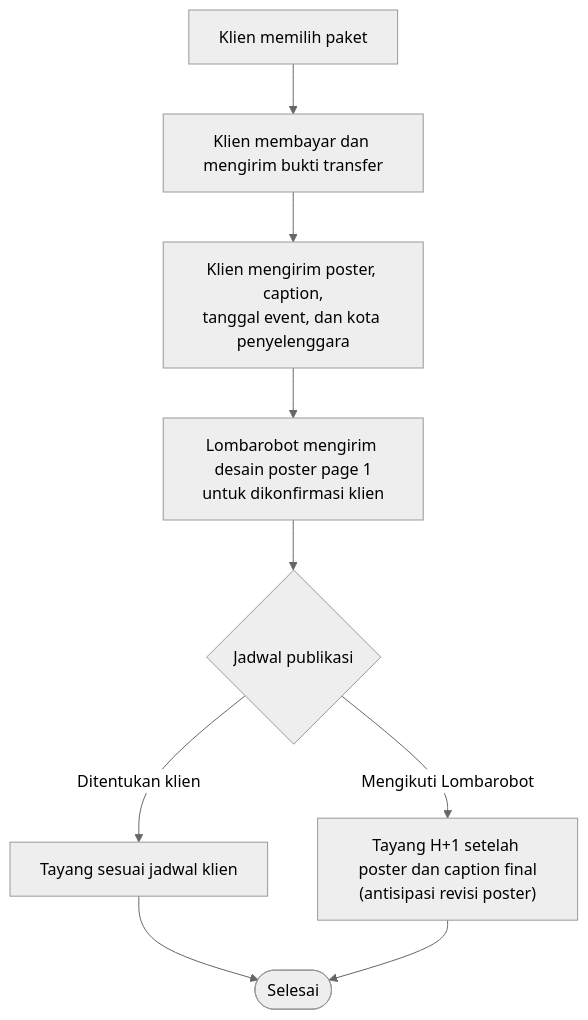
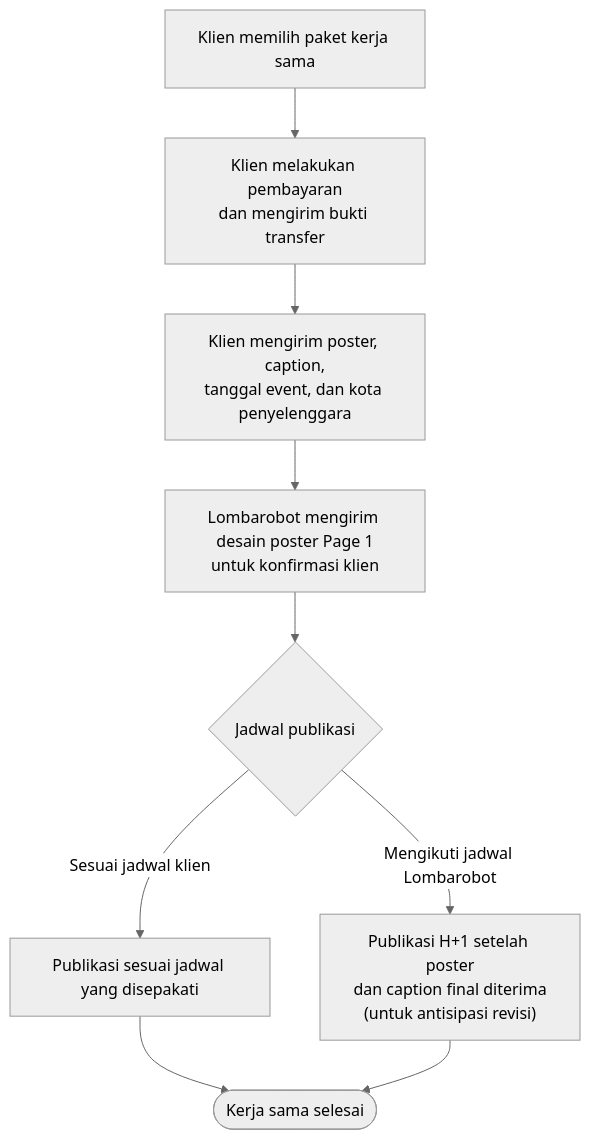
The diagram in readme.md (lombarobot/connect), drawn with Mermaid (neutral theme) before and after one commit. The commit also changed other lines of this file, not shown here.

````diff
--- a/readme.md
+++ b/readme.md
@@ -103,12 +95,12 @@
 ```mermaid
 flowchart TD
-    B["Klien memilih paket"]
-    B --> C["Klien membayar dan mengirim bukti transfer"]
+    B["Klien memilih paket kerja sama"]
+    B --> C["Klien melakukan pembayaran<br/>dan mengirim bukti transfer"]
     C --> D["Klien mengirim poster, caption,<br/>tanggal event, dan kota penyelenggara"]
-    D --> D2["Lombarobot mengirim desain poster page 1<br/>untuk dikonfirmasi klien"]
+    D --> D2["Lombarobot mengirim desain poster Page 1<br/>untuk konfirmasi klien"]
     D2 --> E{"Jadwal publikasi"}
-    E -->|"Ditentukan klien"| F["Tayang sesuai jadwal klien"]
-    E -->|"Mengikuti Lombarobot"| G["Tayang H+1 setelah poster dan caption final<br/>(antisipasi revisi poster)"]
-    F --> H(["Selesai"])
+    E -->|"Sesuai jadwal klien"| F["Publikasi sesuai jadwal yang disepakati"]
+    E -->|"Mengikuti jadwal Lombarobot"| G["Publikasi H+1 setelah poster<br/>dan caption final diterima<br/>(untuk antisipasi revisi)"]
+    F --> H(["Kerja sama selesai"])
     G --> H
 ```
````
